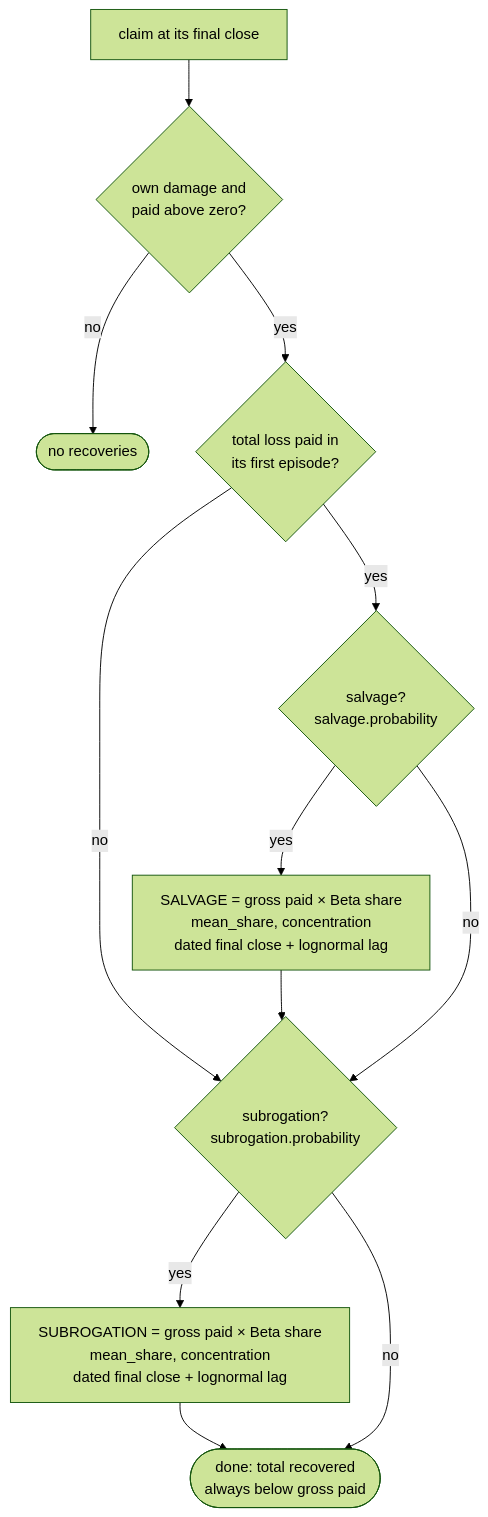
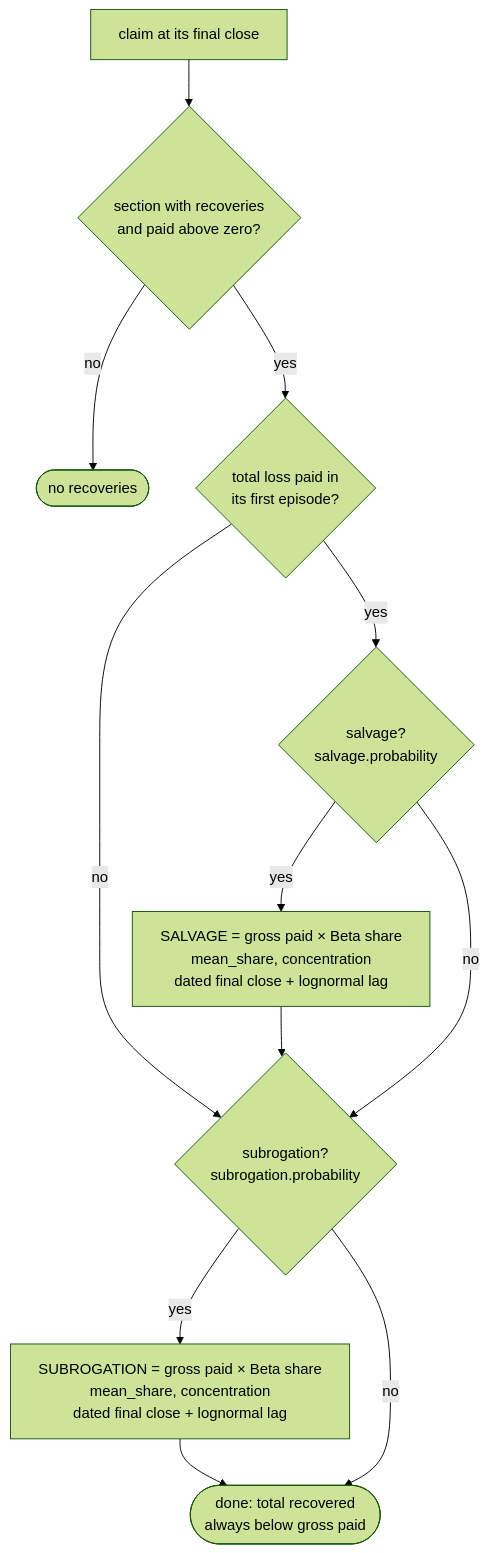
Before and after one commit to le-marais/claims-data-generator: the seventh of 10 diagrams in README.md, drawn with Mermaid (forest theme). The commit also changed other lines of this file and 36 other files, not shown here.

````diff
--- a/README.md
+++ b/README.md
@@ -244,22 +244,22 @@
 ```mermaid
 %%{init: {"flowchart": {"wrappingWidth": 480}}}%%
 flowchart TD
     closed["claim at its final close"]
-    eligible{"own damage and<br/>paid above zero?"}
+    eligible{"section with recoveries<br/>and paid above zero?"}
     noRecovery(["no recoveries"])
     totalLoss{"total loss paid in<br/>its first episode?"}
     salvage{"salvage?<br/>salvage.probability"}
     salvageRow["SALVAGE = gross paid × Beta share<br/>mean_share, concentration<br/>dated final close + lognormal lag"]
     subrogation{"subrogation?<br/>subrogation.probability"}
     subrogationRow["SUBROGATION = gross paid × Beta share<br/>mean_share, concentration<br/>dated final close + lognormal lag"]
     done(["done: total recovered<br/>always below gross paid"])
     closed --> eligible
     eligible -- "no" --> noRecovery
     eligible -- "yes" --> totalLoss
     totalLoss -- "yes" --> salvage
     totalLoss -- "no" --> subrogation
     salvage -- "yes" --> salvageRow --> subrogation
     salvage -- "no" --> subrogation
     subrogation -- "yes" --> subrogationRow --> done
     subrogation -- "no" --> done
 ```
````
